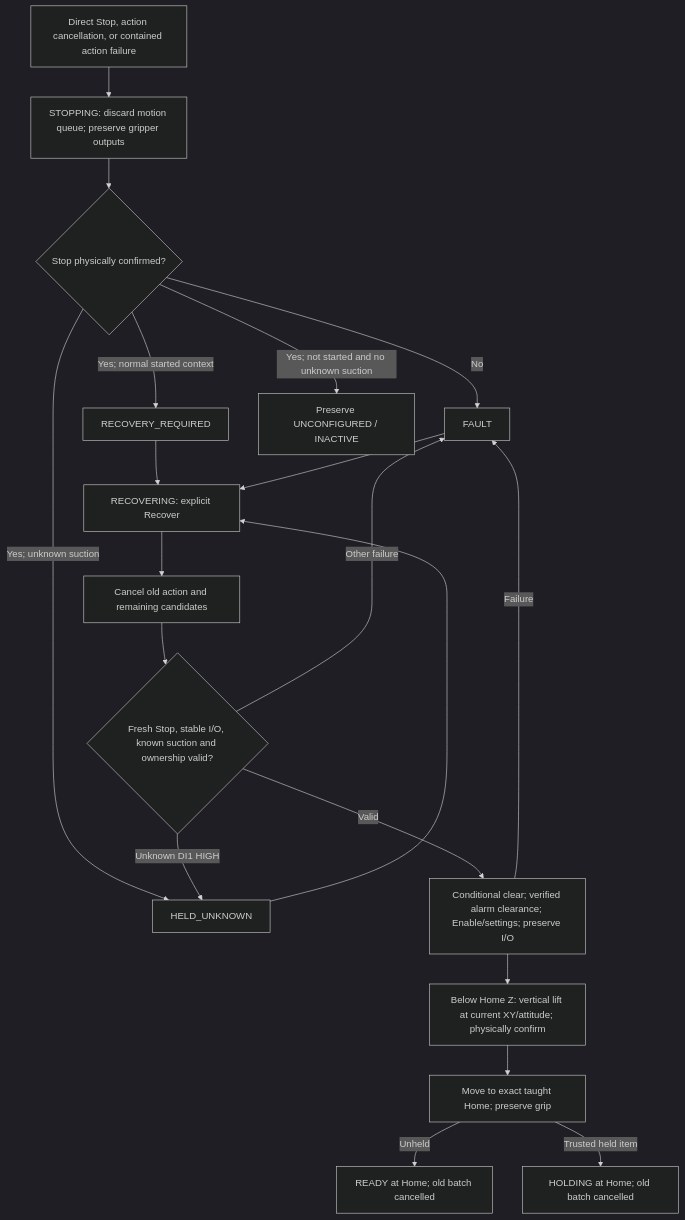
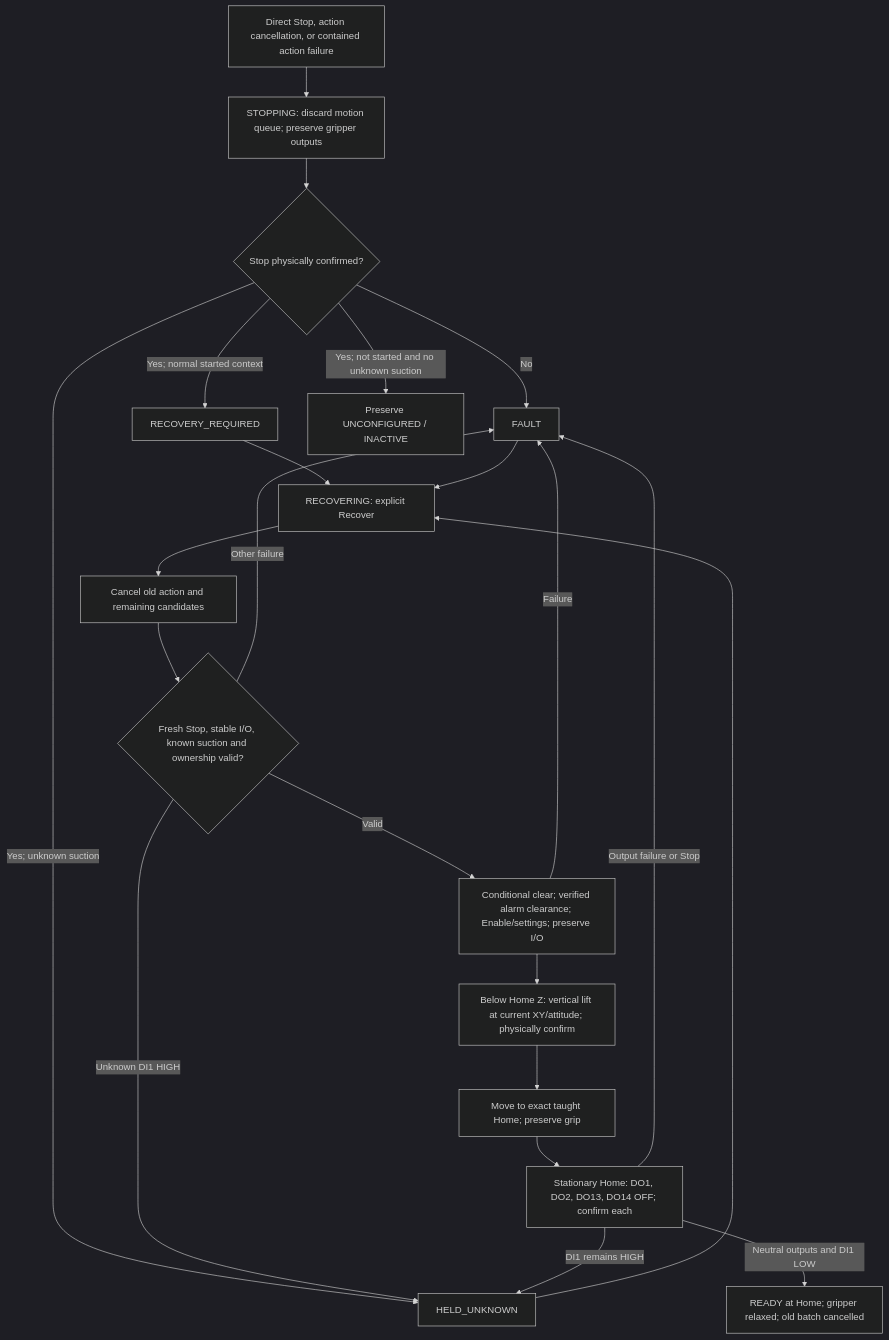
One commit to esgange/dobot_picknplace_yolo changed the sixth of 7 diagrams in docs/ROBOT_CONTROLLER_FSM.md. Above: the diagram before and after it, drawn with Mermaid (dark theme). The commit also changed other lines of this file and 14 other files, not shown here.

Commit message:
Relax gripper after recovery reaches Home

````diff
--- a/docs/ROBOT_CONTROLLER_FSM.md
+++ b/docs/ROBOT_CONTROLLER_FSM.md
@@ -402,22 +405,24 @@
 ```mermaid
 flowchart TD
     Interrupt["Direct Stop, action cancellation, or contained action failure"] --> Stopping["STOPPING: discard motion queue; preserve gripper outputs"]
     Stopping --> Contained{"Stop physically confirmed?"}
     Contained -->|No| Fault["FAULT"]
     Contained -->|Yes; normal started context| Required["RECOVERY_REQUIRED"]
     Contained -->|Yes; unknown suction| Unknown["HELD_UNKNOWN"]
     Contained -->|Yes; not started and no unknown suction| Before["Preserve UNCONFIGURED / INACTIVE"]
     Required --> Recover["RECOVERING: explicit Recover"]
     Fault --> Recover
     Unknown --> Recover
     Recover --> Cancel["Cancel old action and remaining candidates"]
     Cancel --> Guard{"Fresh Stop, stable I/O, known suction and ownership valid?"}
     Guard -->|Unknown DI1 HIGH| Unknown
     Guard -->|Other failure| Fault
     Guard -->|Valid| Enable["Conditional clear; verified alarm clearance; Enable/settings; preserve I/O"]
     Enable -->|Failure| Fault
     Enable --> Lift["Below Home Z: vertical lift at current XY/attitude; physically confirm"]
     Lift --> Home["Move to exact taught Home; preserve grip"]
-    Home -->|Unheld| Ready["READY at Home; old batch cancelled"]
-    Home -->|Trusted held item| Holding["HOLDING at Home; old batch cancelled"]
+    Home --> Relax["Stationary Home: DO1, DO2, DO13, DO14 OFF; confirm each"]
+    Relax -->|Neutral outputs and DI1 LOW| Ready["READY at Home; gripper relaxed; old batch cancelled"]
+    Relax -->|DI1 remains HIGH| Unknown
+    Relax -->|Output failure or Stop| Fault
 ```
````
